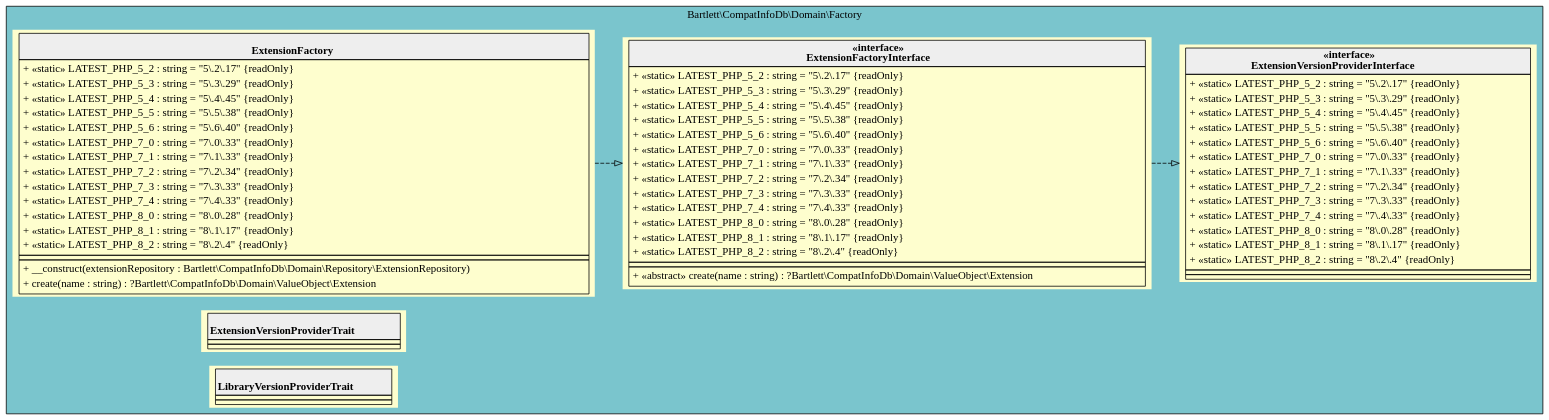
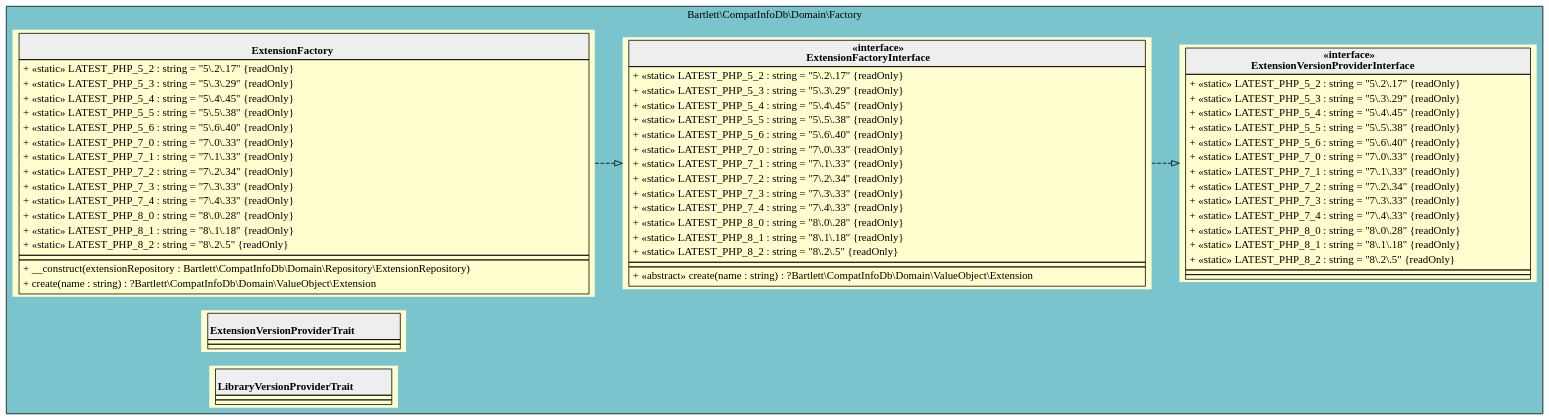
The diagram in 5.x/assets/images/domain-factory.html.gv (llaville/php-compatinfo-db), drawn with Graphviz before and after one commit. The commit also changed 29 other files, not shown here.

```diff
--- a/5.x/assets/images/domain-factory.html.gv
+++ b/5.x/assets/images/domain-factory.html.gv
@@ -1,90 +1,90 @@
 digraph {
   graph [rankdir="LR" bgcolor="transparent"]
   node [fillcolor="#FEFECE" style="filled"]
   subgraph cluster_0 {
     graph [bgcolor="cadetblue3"]
     label = "Bartlett\\CompatInfoDb\\Domain\\Factory"
     "Bartlett\\CompatInfoDb\\Domain\\Factory\\ExtensionFactory" [shape="none" label=<
 <table cellspacing="0" border="0" cellborder="1">
     <tr><td bgcolor="#eeeeee"><b><br/>ExtensionFactory</b></td></tr>
     <tr><td><table border="0" cellspacing="0" cellpadding="2">
     <tr><td align="left">+ «static» LATEST_PHP_5_2 : string = "5\.2\.17" {readOnly}</td></tr>
     <tr><td align="left">+ «static» LATEST_PHP_5_3 : string = "5\.3\.29" {readOnly}</td></tr>
     <tr><td align="left">+ «static» LATEST_PHP_5_4 : string = "5\.4\.45" {readOnly}</td></tr>
     <tr><td align="left">+ «static» LATEST_PHP_5_5 : string = "5\.5\.38" {readOnly}</td></tr>
     <tr><td align="left">+ «static» LATEST_PHP_5_6 : string = "5\.6\.40" {readOnly}</td></tr>
     <tr><td align="left">+ «static» LATEST_PHP_7_0 : string = "7\.0\.33" {readOnly}</td></tr>
     <tr><td align="left">+ «static» LATEST_PHP_7_1 : string = "7\.1\.33" {readOnly}</td></tr>
     <tr><td align="left">+ «static» LATEST_PHP_7_2 : string = "7\.2\.34" {readOnly}</td></tr>
     <tr><td align="left">+ «static» LATEST_PHP_7_3 : string = "7\.3\.33" {readOnly}</td></tr>
     <tr><td align="left">+ «static» LATEST_PHP_7_4 : string = "7\.4\.33" {readOnly}</td></tr>
     <tr><td align="left">+ «static» LATEST_PHP_8_0 : string = "8\.0\.28" {readOnly}</td></tr>
-    <tr><td align="left">+ «static» LATEST_PHP_8_1 : string = "8\.1\.17" {readOnly}</td></tr>
-    <tr><td align="left">+ «static» LATEST_PHP_8_2 : string = "8\.2\.4" {readOnly}</td></tr>
+    <tr><td align="left">+ «static» LATEST_PHP_8_1 : string = "8\.1\.18" {readOnly}</td></tr>
+    <tr><td align="left">+ «static» LATEST_PHP_8_2 : string = "8\.2\.5" {readOnly}</td></tr>
 </table></td></tr>
     <tr><td></td></tr>
     <tr><td><table border="0" cellspacing="0" cellpadding="2">
     <tr><td align="left">+ __construct(extensionRepository : Bartlett\\CompatInfoDb\\Domain\\Repository\\ExtensionRepository)</td></tr>
     <tr><td align="left">+ create(name : string) : ?Bartlett\\CompatInfoDb\\Domain\\ValueObject\\Extension</td></tr>
 </table></td></tr>
 </table>>]
     "Bartlett\\CompatInfoDb\\Domain\\Factory\\ExtensionFactoryInterface" [shape="none" label=<
 <table cellspacing="0" border="0" cellborder="1">
     <tr><td bgcolor="#eeeeee"><b>«interface»<br/>ExtensionFactoryInterface</b></td></tr>
     <tr><td><table border="0" cellspacing="0" cellpadding="2">
     <tr><td align="left">+ «static» LATEST_PHP_5_2 : string = "5\.2\.17" {readOnly}</td></tr>
     <tr><td align="left">+ «static» LATEST_PHP_5_3 : string = "5\.3\.29" {readOnly}</td></tr>
     <tr><td align="left">+ «static» LATEST_PHP_5_4 : string = "5\.4\.45" {readOnly}</td></tr>
     <tr><td align="left">+ «static» LATEST_PHP_5_5 : string = "5\.5\.38" {readOnly}</td></tr>
     <tr><td align="left">+ «static» LATEST_PHP_5_6 : string = "5\.6\.40" {readOnly}</td></tr>
     <tr><td align="left">+ «static» LATEST_PHP_7_0 : string = "7\.0\.33" {readOnly}</td></tr>
     <tr><td align="left">+ «static» LATEST_PHP_7_1 : string = "7\.1\.33" {readOnly}</td></tr>
     <tr><td align="left">+ «static» LATEST_PHP_7_2 : string = "7\.2\.34" {readOnly}</td></tr>
     <tr><td align="left">+ «static» LATEST_PHP_7_3 : string = "7\.3\.33" {readOnly}</td></tr>
     <tr><td align="left">+ «static» LATEST_PHP_7_4 : string = "7\.4\.33" {readOnly}</td></tr>
     <tr><td align="left">+ «static» LATEST_PHP_8_0 : string = "8\.0\.28" {readOnly}</td></tr>
-    <tr><td align="left">+ «static» LATEST_PHP_8_1 : string = "8\.1\.17" {readOnly}</td></tr>
-    <tr><td align="left">+ «static» LATEST_PHP_8_2 : string = "8\.2\.4" {readOnly}</td></tr>
+    <tr><td align="left">+ «static» LATEST_PHP_8_1 : string = "8\.1\.18" {readOnly}</td></tr>
+    <tr><td align="left">+ «static» LATEST_PHP_8_2 : string = "8\.2\.5" {readOnly}</td></tr>
 </table></td></tr>
     <tr><td></td></tr>
     <tr><td><table border="0" cellspacing="0" cellpadding="2">
     <tr><td align="left">+ «abstract» create(name : string) : ?Bartlett\\CompatInfoDb\\Domain\\ValueObject\\Extension</td></tr>
 </table></td></tr>
 </table>>]
     "Bartlett\\CompatInfoDb\\Domain\\Factory\\ExtensionVersionProviderInterface" [shape="none" label=<
 <table cellspacing="0" border="0" cellborder="1">
     <tr><td bgcolor="#eeeeee"><b>«interface»<br/>ExtensionVersionProviderInterface</b></td></tr>
     <tr><td><table border="0" cellspacing="0" cellpadding="2">
     <tr><td align="left">+ «static» LATEST_PHP_5_2 : string = "5\.2\.17" {readOnly}</td></tr>
     <tr><td align="left">+ «static» LATEST_PHP_5_3 : string = "5\.3\.29" {readOnly}</td></tr>
     <tr><td align="left">+ «static» LATEST_PHP_5_4 : string = "5\.4\.45" {readOnly}</td></tr>
     <tr><td align="left">+ «static» LATEST_PHP_5_5 : string = "5\.5\.38" {readOnly}</td></tr>
     <tr><td align="left">+ «static» LATEST_PHP_5_6 : string = "5\.6\.40" {readOnly}</td></tr>
     <tr><td align="left">+ «static» LATEST_PHP_7_0 : string = "7\.0\.33" {readOnly}</td></tr>
     <tr><td align="left">+ «static» LATEST_PHP_7_1 : string = "7\.1\.33" {readOnly}</td></tr>
     <tr><td align="left">+ «static» LATEST_PHP_7_2 : string = "7\.2\.34" {readOnly}</td></tr>
     <tr><td align="left">+ «static» LATEST_PHP_7_3 : string = "7\.3\.33" {readOnly}</td></tr>
     <tr><td align="left">+ «static» LATEST_PHP_7_4 : string = "7\.4\.33" {readOnly}</td></tr>
     <tr><td align="left">+ «static» LATEST_PHP_8_0 : string = "8\.0\.28" {readOnly}</td></tr>
-    <tr><td align="left">+ «static» LATEST_PHP_8_1 : string = "8\.1\.17" {readOnly}</td></tr>
-    <tr><td align="left">+ «static» LATEST_PHP_8_2 : string = "8\.2\.4" {readOnly}</td></tr>
+    <tr><td align="left">+ «static» LATEST_PHP_8_1 : string = "8\.1\.18" {readOnly}</td></tr>
+    <tr><td align="left">+ «static» LATEST_PHP_8_2 : string = "8\.2\.5" {readOnly}</td></tr>
 </table></td></tr>
     <tr><td></td></tr>
     <tr><td></td></tr>
 </table>>]
     "Bartlett\\CompatInfoDb\\Domain\\Factory\\ExtensionVersionProviderTrait" [shape="none" label=<
 <table cellspacing="0" border="0" cellborder="1">
     <tr><td bgcolor="#eeeeee"><b><br/>ExtensionVersionProviderTrait</b></td></tr>
     <tr><td></td></tr>
     <tr><td></td></tr>
 </table>>]
     "Bartlett\\CompatInfoDb\\Domain\\Factory\\LibraryVersionProviderTrait" [shape="none" label=<
 <table cellspacing="0" border="0" cellborder="1">
     <tr><td bgcolor="#eeeeee"><b><br/>LibraryVersionProviderTrait</b></td></tr>
     <tr><td></td></tr>
     <tr><td></td></tr>
 </table>>]
   }
   "Bartlett\\CompatInfoDb\\Domain\\Factory\\ExtensionFactoryInterface" -> "Bartlett\\CompatInfoDb\\Domain\\Factory\\ExtensionVersionProviderInterface" [arrowhead="empty" style="dashed"]
   "Bartlett\\CompatInfoDb\\Domain\\Factory\\ExtensionFactory" -> "Bartlett\\CompatInfoDb\\Domain\\Factory\\ExtensionFactoryInterface" [arrowhead="empty" style="dashed"]
 }
```
